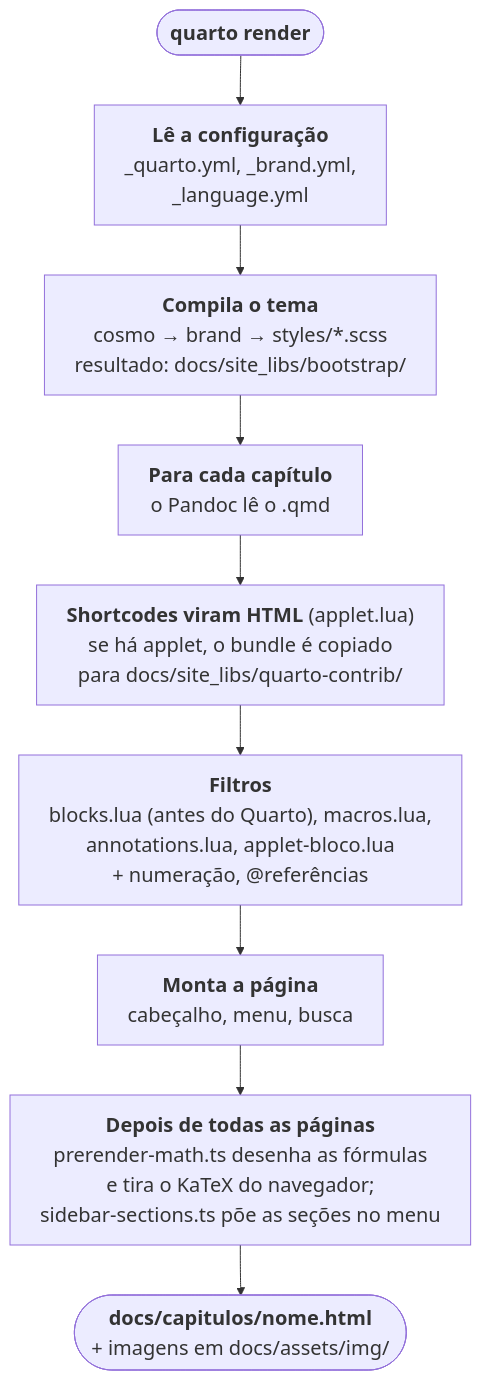
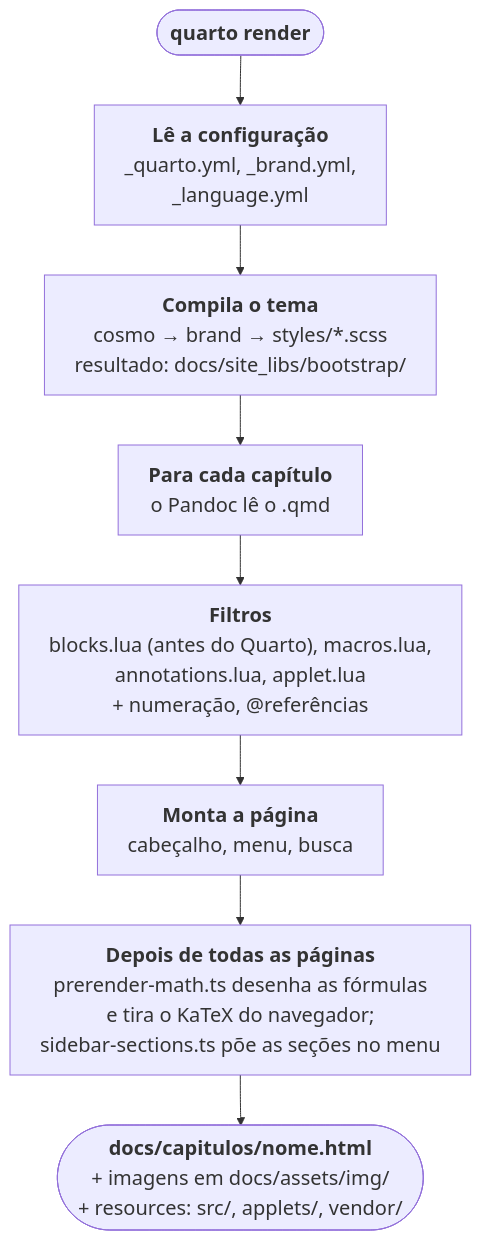
One commit to lcmerlo/livro-online-fcg changed the sixth of 9 diagrams in _interno/diretrizes/arquitetura.md. Above: the diagram before and after it, drawn with Mermaid. The commit also changed other lines of this file and 9 other files, not shown here.

````diff
--- a/_interno/diretrizes/arquitetura.md
+++ b/_interno/diretrizes/arquitetura.md
@@ -402,15 +381,14 @@
 ```mermaid
 %%{init: {"themeVariables": {"fontSize": "20px"}, "flowchart": {"wrappingWidth": 420}}}%%
 flowchart TD
     start(["<b>quarto render</b>"])
     cfg["<b>Lê a configuração</b><br/>_quarto.yml, _brand.yml,<br/>_language.yml"]
     theme["<b>Compila o tema</b><br/>cosmo → brand → styles/*.scss<br/>resultado: docs/site_libs/bootstrap/"]
     parse["<b>Para cada capítulo</b><br/>o Pandoc lê o .qmd"]
-    sc["<b>Shortcodes viram HTML</b> (applet.lua)<br/>se há applet, o bundle é copiado<br/>para docs/site_libs/quarto-contrib/"]
-    flt["<b>Filtros</b><br/>blocks.lua (antes do Quarto), macros.lua,<br/>annotations.lua, applet-bloco.lua<br/>+ numeração, @referências"]
+    flt["<b>Filtros</b><br/>blocks.lua (antes do Quarto), macros.lua,<br/>annotations.lua, applet.lua<br/>+ numeração, @referências"]
     html["<b>Monta a página</b><br/>cabeçalho, menu, busca"]
     pre["<b>Depois de todas as páginas</b><br/>prerender-math.ts desenha as fórmulas<br/>e tira o KaTeX do navegador;<br/>sidebar-sections.ts põe as seções no menu"]
-    out(["<b>docs/capitulos/nome.html</b><br/>+ imagens em docs/assets/img/"])
+    out(["<b>docs/capitulos/nome.html</b><br/>+ imagens em docs/assets/img/<br/>+ resources: src/, applets/, vendor/"])
 
-    start --> cfg --> theme --> parse --> sc --> flt --> html --> pre --> out
+    start --> cfg --> theme --> parse --> flt --> html --> pre --> out
 ```
````
